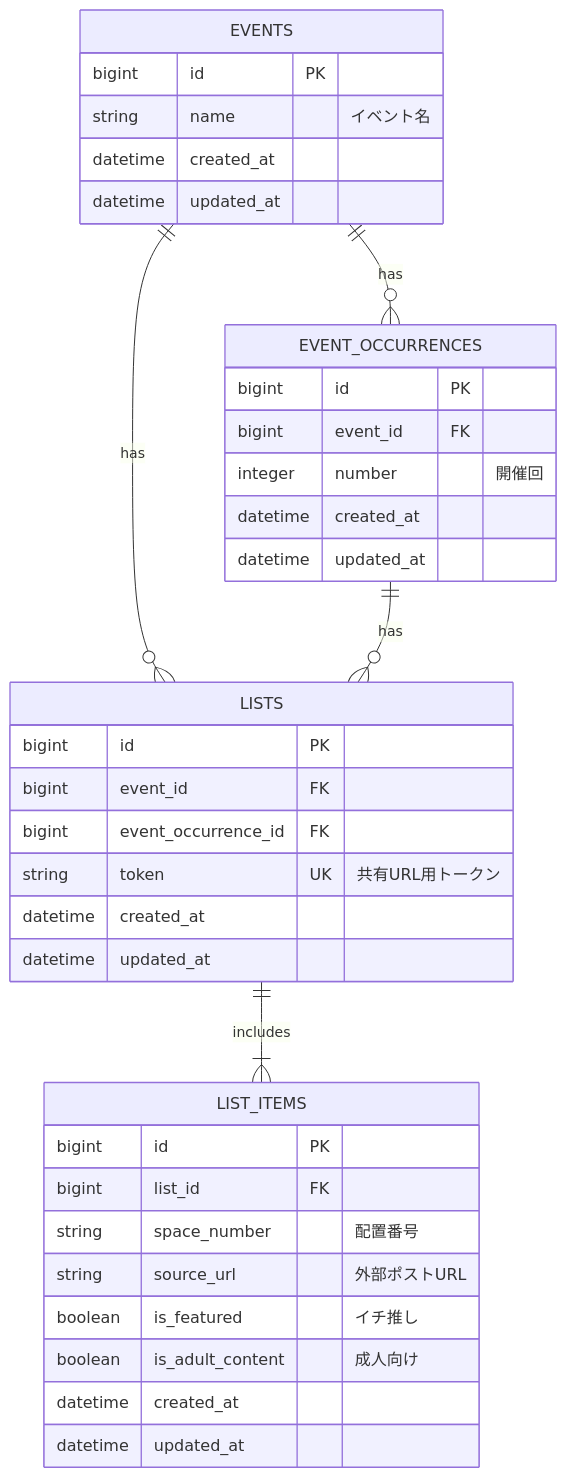
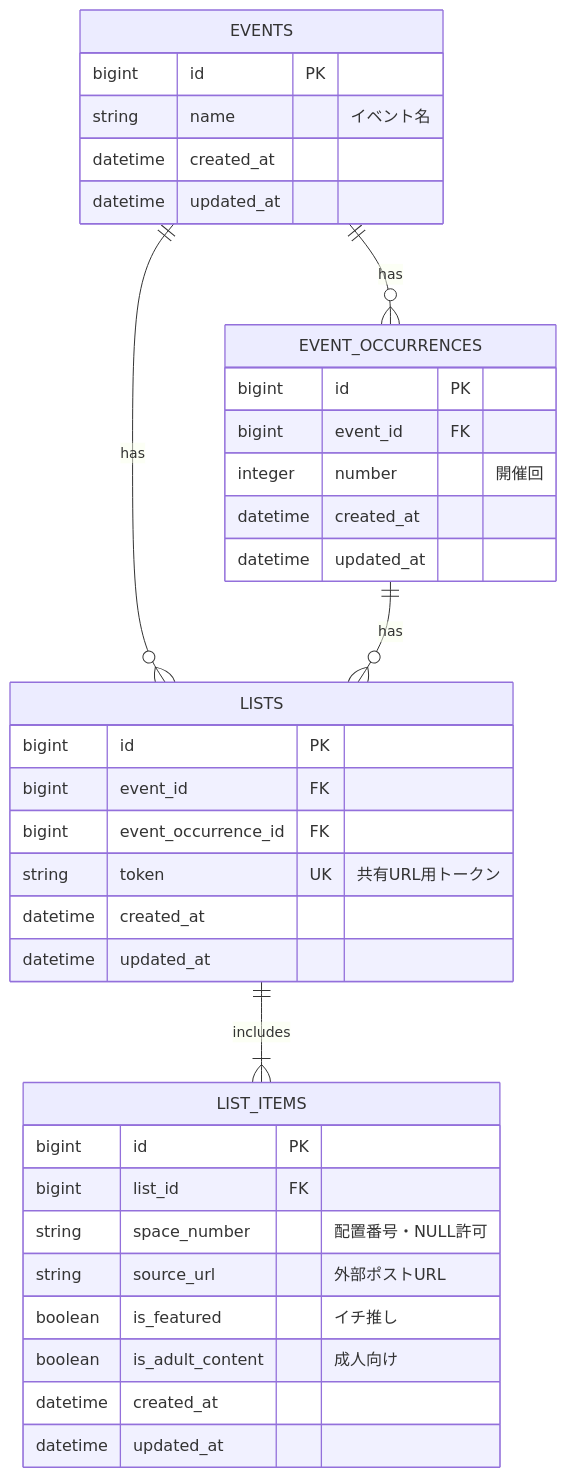
The diagram in mermaid.md (GoneTarou/Oshinagakiapp), drawn with Mermaid before and after one commit. The commit also changed other lines of this file and 3 other files, not shown here.

````diff
--- a/mermaid.md
+++ b/mermaid.md
@@ -3,42 +3,42 @@
 ```mermaid
 erDiagram
     EVENTS ||--o{ EVENT_OCCURRENCES : has
     EVENTS ||--o{ LISTS : has
     EVENT_OCCURRENCES ||--o{ LISTS : has
     LISTS ||--|{ LIST_ITEMS : includes
 
     EVENTS {
         bigint id PK
         string name "イベント名"
         datetime created_at
         datetime updated_at
     }
 
     EVENT_OCCURRENCES {
         bigint id PK
         bigint event_id FK
         integer number "開催回"
         datetime created_at
         datetime updated_at
     }
 
     LISTS {
         bigint id PK
         bigint event_id FK
         bigint event_occurrence_id FK
         string token UK "共有URL用トークン"
         datetime created_at
         datetime updated_at
     }
 
     LIST_ITEMS {
         bigint id PK
         bigint list_id FK
-        string space_number "配置番号"
+        string space_number "配置番号・NULL許可"
         string source_url "外部ポストURL"
         boolean is_featured "イチ推し"
         boolean is_adult_content "成人向け"
         datetime created_at
         datetime updated_at
     }
 ```
````
